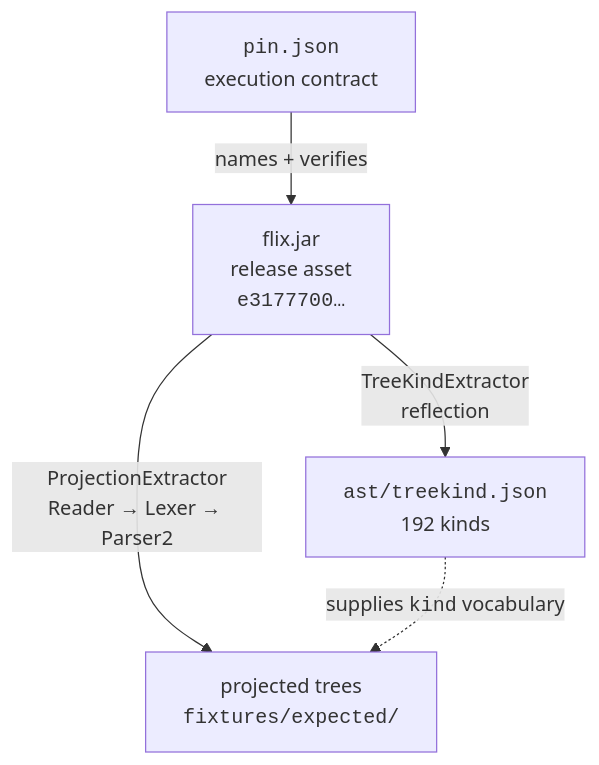
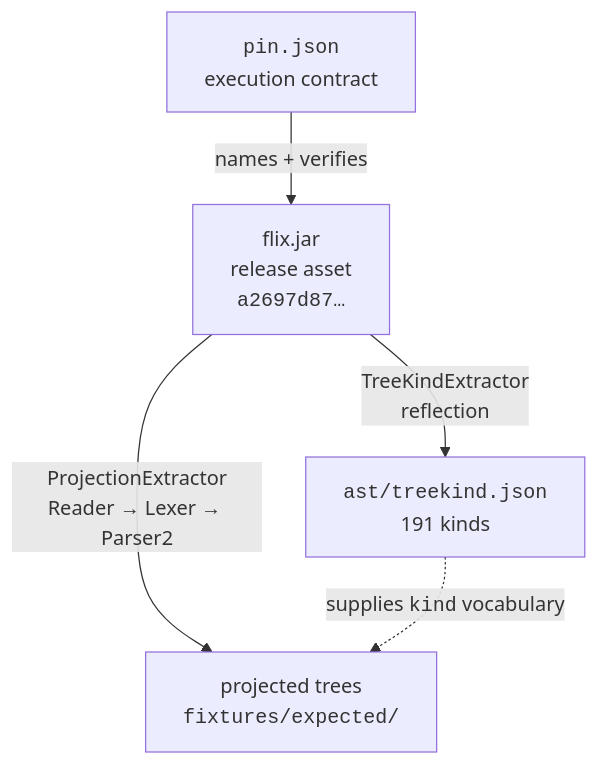
The diagram in README.md (wstein/flix-spec), drawn with Mermaid before and after one commit. The commit also changed other lines of this file and 305 other files, not shown here.

````diff
--- a/README.md
+++ b/README.md
@@ -130,12 +135,12 @@
 ```mermaid
 flowchart TD
-    REL["flix.jar<br/>release asset<br/><code>e3177700…</code>"]
+    REL["flix.jar<br/>release asset<br/><code>a2697d87…</code>"]
     PIN["<code>pin.json</code><br/>execution contract"]
-    TK["<code>ast/treekind.json</code><br/>192 kinds"]
+    TK["<code>ast/treekind.json</code><br/>191 kinds"]
     PROJ["projected trees<br/><code>fixtures/expected/</code>"]
 
     PIN -->|"names + verifies"| REL
     REL -->|"TreeKindExtractor<br/>reflection"| TK
     REL -->|"ProjectionExtractor<br/>Reader → Lexer → Parser2"| PROJ
     TK -.->|"supplies <code>kind</code> vocabulary"| PROJ
 ```
````
